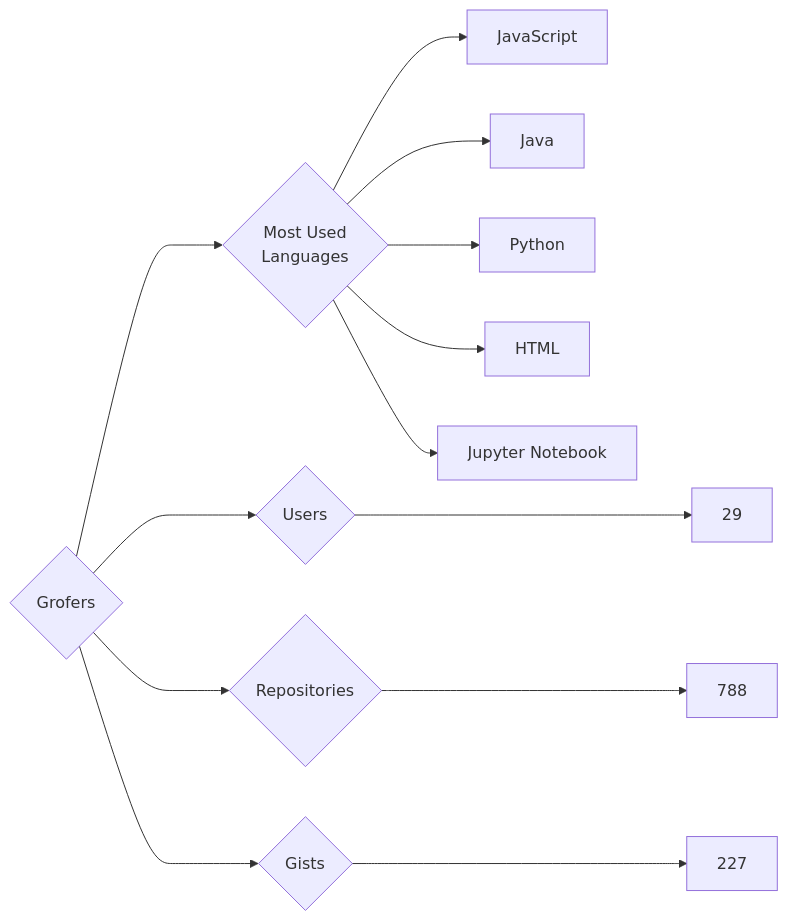
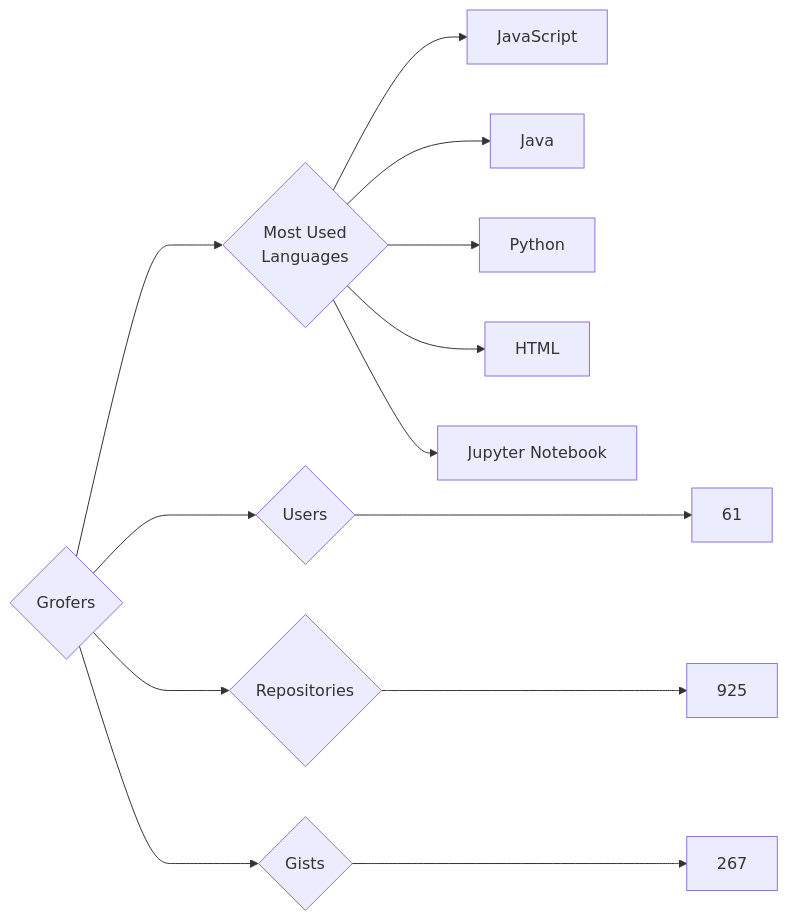
The diagram in targets/Grofers/README.md (trickest/insiders), drawn with Mermaid before and after one commit. The commit also changed 944 other files, not shown here.

````diff
--- a/targets/Grofers/README.md
+++ b/targets/Grofers/README.md
@@ -3,13 +3,13 @@
 ```mermaid
 graph LR
 COMPANY_NAME{Grofers}
-COMPANY_NAME ---> U{Users} ---> UN[29]
-COMPANY_NAME ---> R{Repositories} ---> RN[788]
-COMPANY_NAME ---> G{Gists} ---> GN[227]
+COMPANY_NAME ---> U{Users} ---> UN[61]
+COMPANY_NAME ---> R{Repositories} ---> RN[925]
+COMPANY_NAME ---> G{Gists} ---> GN[267]
 COMPANY_NAME ---> ML{Most Used<br>Languages}
 ML --> JavaScript[JavaScript]
 ML --> Java[Java]
 ML --> Python[Python]
 ML --> HTML[HTML]
 ML --> Jupyter_Notebook[Jupyter Notebook]
 ```
````
